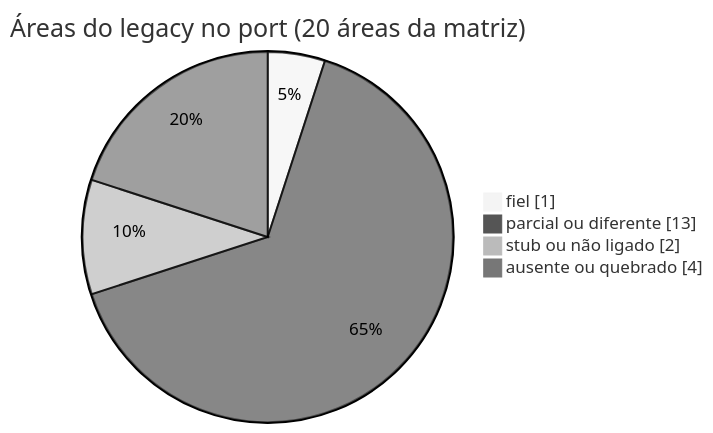
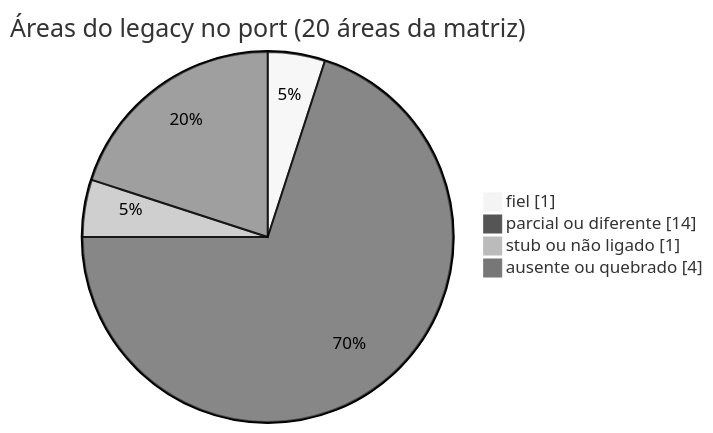
The first of 2 diagrams in docs/10-status-do-port.md (Guiimartinho/gnss-bike-computer), drawn with Mermaid (neutral theme) before and after one commit. The commit also changed other lines of this file and 47 other files, not shown here.

````diff
--- a/docs/10-status-do-port.md
+++ b/docs/10-status-do-port.md
@@ -14,8 +14,8 @@
 ```mermaid
 pie showData
     title Áreas do legacy no port (20 áreas da matriz)
     "fiel" : 1
-    "parcial ou diferente" : 13
-    "stub ou não ligado" : 2
+    "parcial ou diferente" : 14
+    "stub ou não ligado" : 1
     "ausente ou quebrado" : 4
 ```
````
